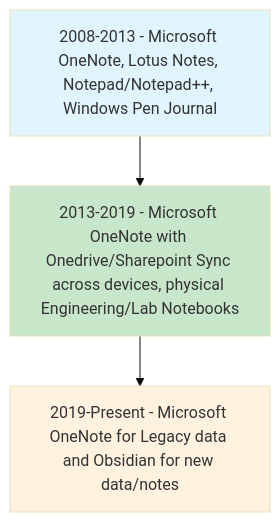
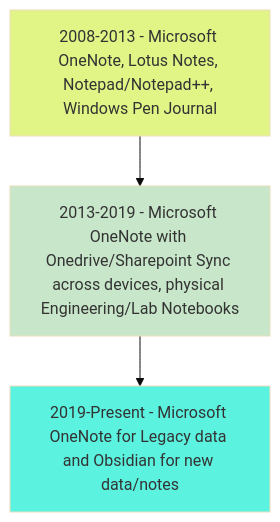
The first of 2 diagrams in _posts/2024-04-27-Obsidian-A-Journey.md (zavalalabs/zavalalabs.github.io), drawn with Mermaid (base theme) before and after one commit.

Commit message:
Change Colors

````diff
--- a/_posts/2024-04-27-Obsidian-A-Journey.md
+++ b/_posts/2024-04-27-Obsidian-A-Journey.md
@@ -14,11 +14,11 @@
 ```mermaid
 flowchart TD
 A[2008-2013 - Microsoft OneNote, Lotus Notes, Notepad/Notepad++, Windows Pen Journal] --> B[2013-2019 - Microsoft OneNote with Onedrive/Sharepoint Sync across devices, physical Engineering/Lab Notebooks] --> C[2019-Present - Microsoft OneNote for Legacy data and Obsidian for new data/notes]
 
 %% Color coding
-    style A fill:#e1f5fe
+    style A fill:#e1f587
     style B fill:#c8e6c9
-    style C fill:#fff3e0
+    style C fill:#5bf3e0
 
 
 ```
````
